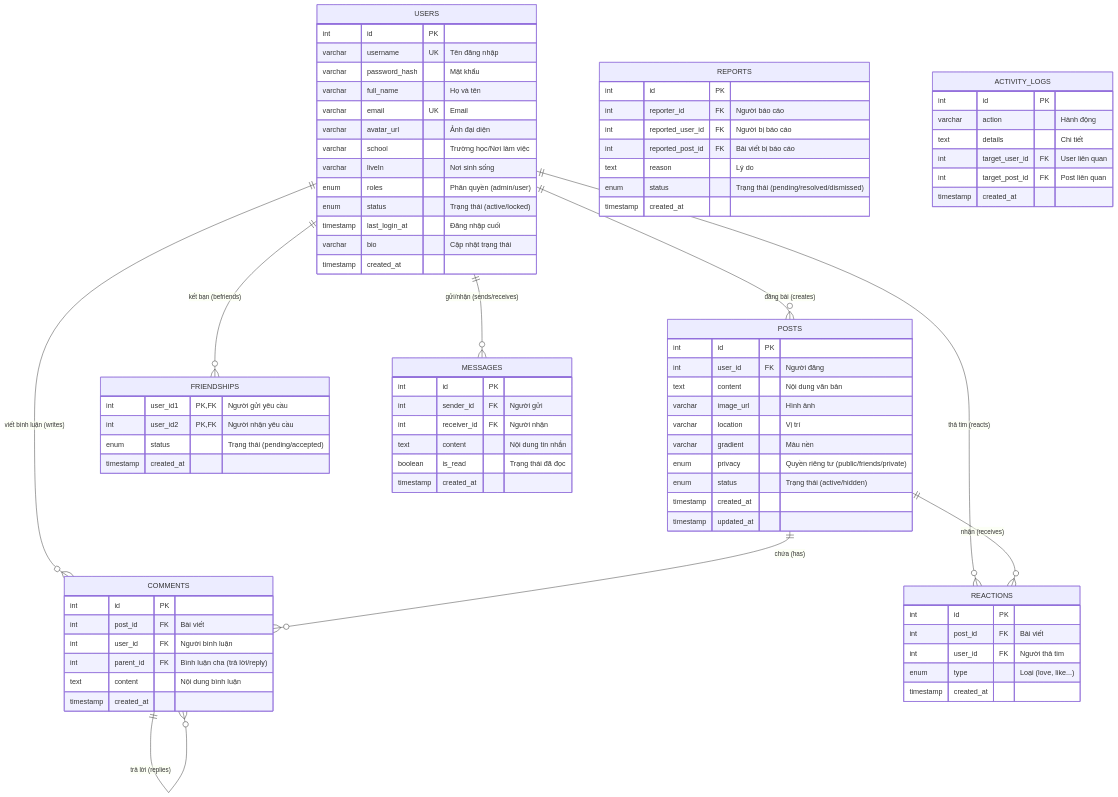
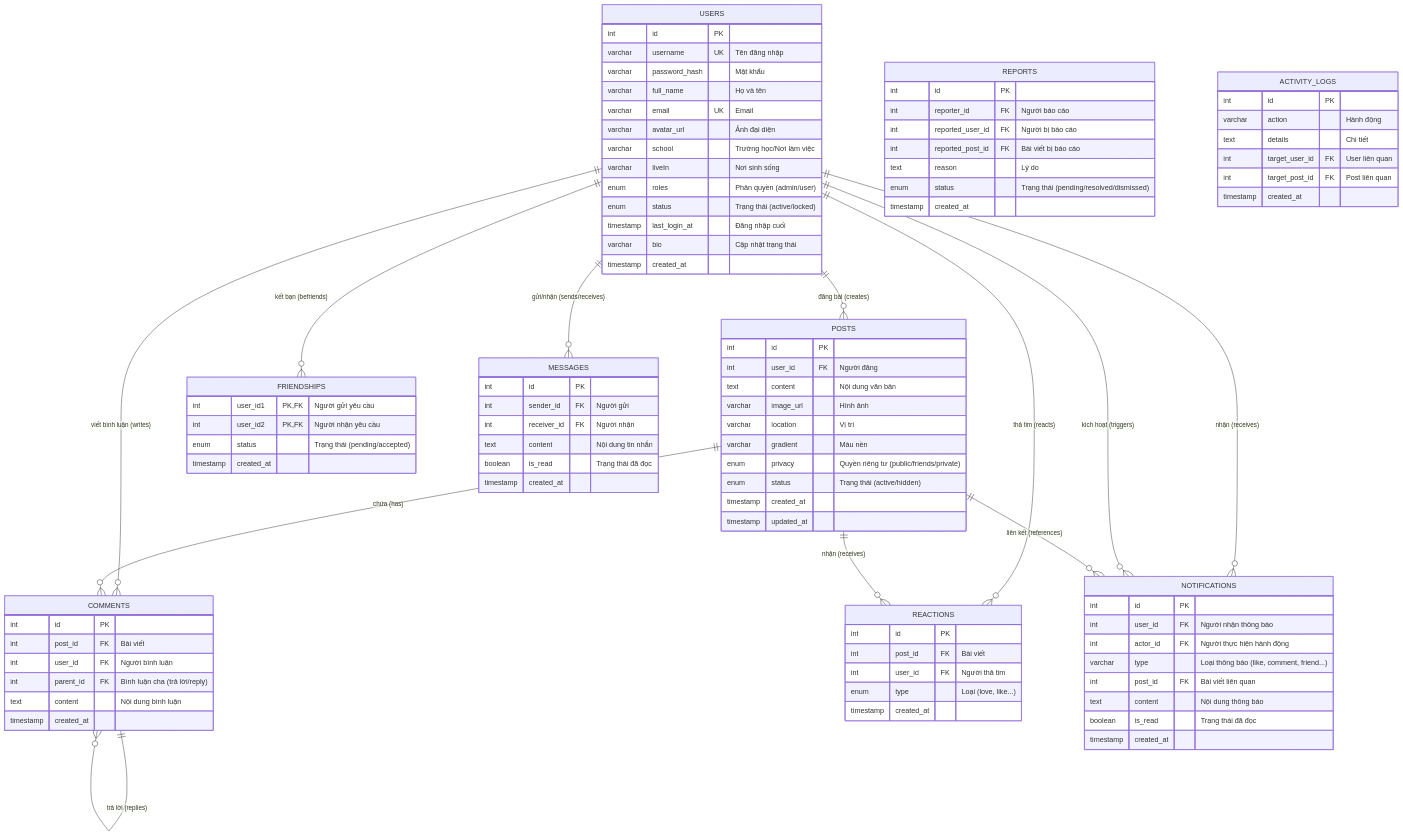
The diagram in mini_social_erd.md (vhieu2k5/Socialita), drawn with Mermaid before and after one commit. The commit also changed 27 other files, not shown here.

````diff
--- a/mini_social_erd.md
+++ b/mini_social_erd.md
@@ -85,13 +85,27 @@
         timestamp created_at
     }
 
+    NOTIFICATIONS {
+        int id PK
+        int user_id FK "Người nhận thông báo"
+        int actor_id FK "Người thực hiện hành động"
+        varchar type "Loại thông báo (like, comment, friend...)"
+        int post_id FK "Bài viết liên quan"
+        text content "Nội dung thông báo"
+        boolean is_read "Trạng thái đã đọc"
+        timestamp created_at
+    }
+
     %% Quan hệ giữa các bảng
     USERS ||--o{ POSTS : "đăng bài (creates)"
     USERS ||--o{ COMMENTS : "viết bình luận (writes)"
     USERS ||--o{ REACTIONS : "thả tim (reacts)"
     USERS ||--o{ MESSAGES : "gửi/nhận (sends/receives)"
     USERS ||--o{ FRIENDSHIPS : "kết bạn (befriends)"
+    USERS ||--o{ NOTIFICATIONS : "nhận (receives)"
+    USERS ||--o{ NOTIFICATIONS : "kích hoạt (triggers)"
     POSTS ||--o{ COMMENTS : "chứa (has)"
     POSTS ||--o{ REACTIONS : "nhận (receives)"
+    POSTS ||--o{ NOTIFICATIONS : "liên kết (references)"
     COMMENTS ||--o{ COMMENTS : "trả lời (replies)"
 ```
````
